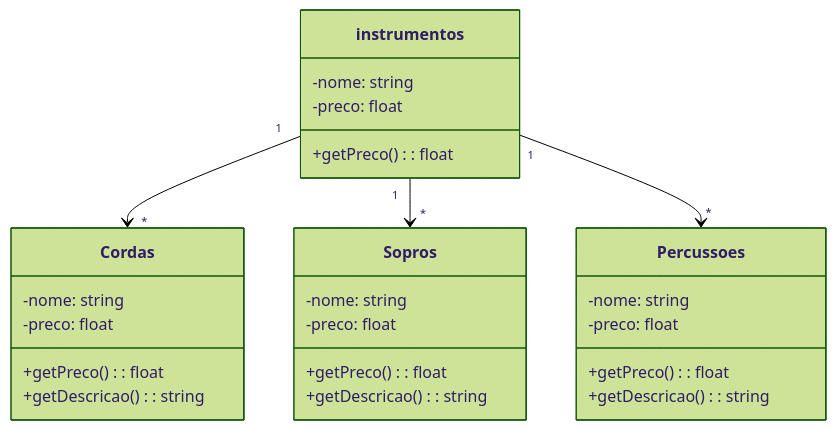
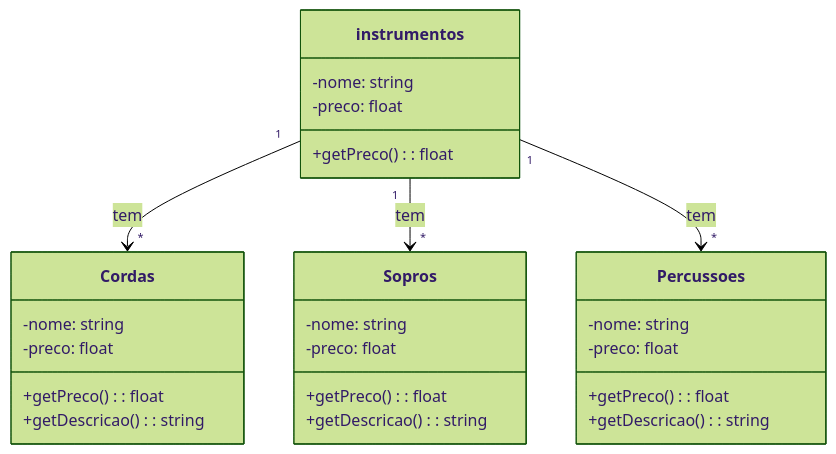
Before and after one commit to LucasGabrielPaes/teste: the diagram in README.md, drawn with Mermaid (forest theme).

````diff
--- a/README.md
+++ b/README.md
@@ -1,33 +1,33 @@
 ```mermaid
 classDiagram
   class instrumentos {
      -nome: string
     -preco: float
     +getPreco(): float
   }
 
   class Cordas {
    -nome: string
     -preco: float
     +getPreco(): float
     +getDescricao(): string
 }
 
  class Sopros {
    -nome: string
     -preco: float
     +getPreco(): float
     +getDescricao(): string
 }
 
  class Percussoes {
    -nome: string
     -preco: float
     +getPreco(): float
     +getDescricao(): string
 }
 
-instrumentos "1" --> "*" Cordas : 
-instrumentos "1" --> "*" Sopros : 
-instrumentos "1" --> "*" Percussoes : 
+instrumentos "1" --> "*" Cordas : tem
+instrumentos "1" --> "*" Sopros : tem
+instrumentos "1" --> "*" Percussoes : tem
 ```
````
